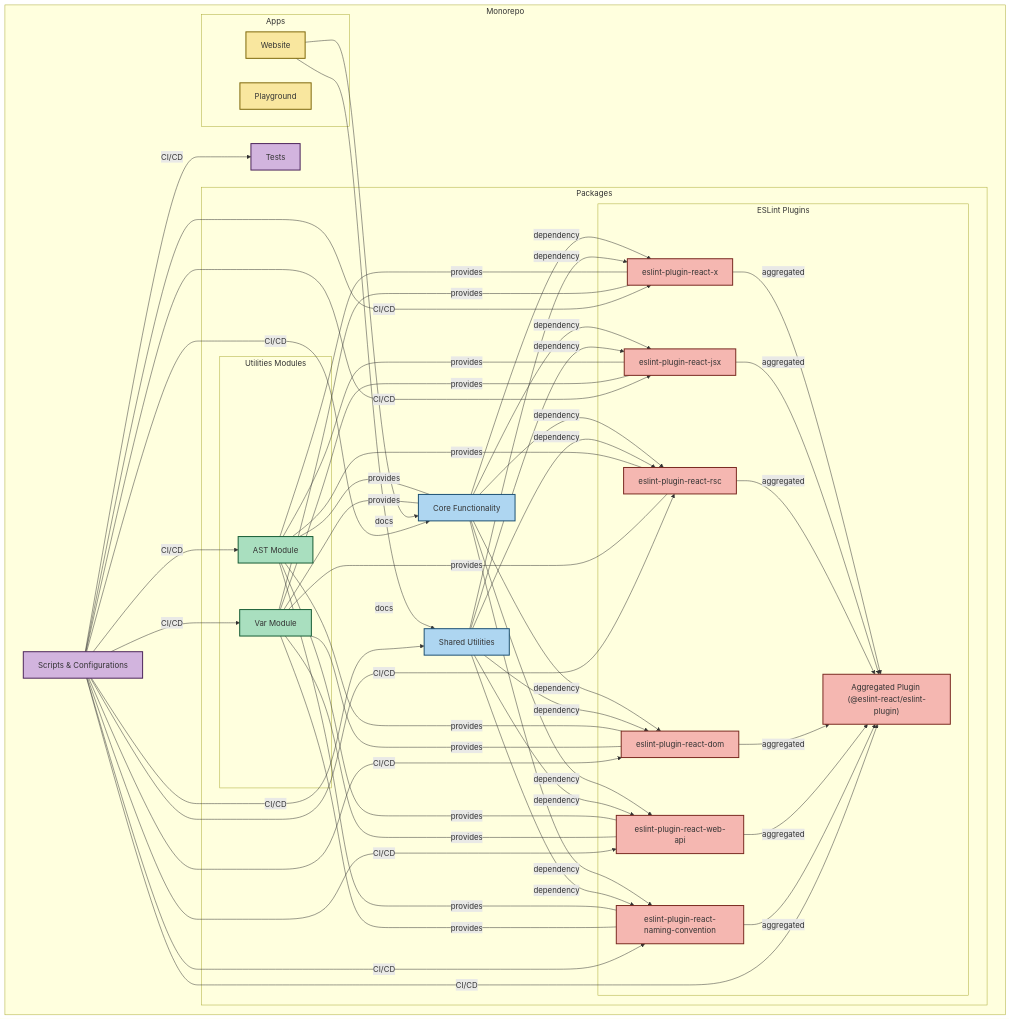
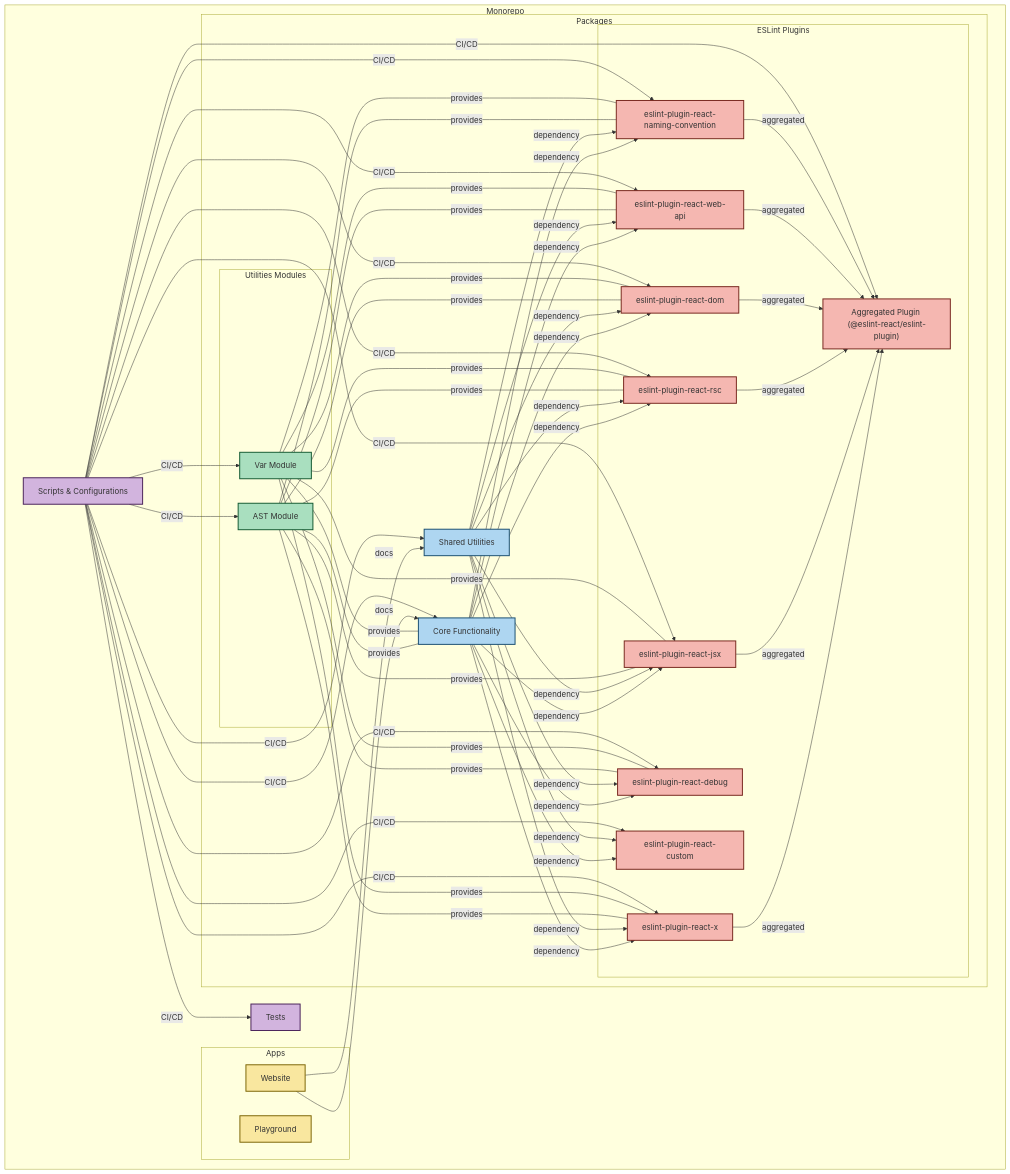
The diagram in apps/website/content/docs/contributing.mdx (Rel1cx/eslint-react), drawn with Mermaid before and after one commit. The commit also changed other lines of this file and 42 other files, not shown here.

First line of the commit message:
feat: add eslint-plugin-react-custom for building custom rules with function-component-definition as the example , closes #900

```diff
--- a/apps/website/content/docs/contributing.mdx
+++ b/apps/website/content/docs/contributing.mdx
@@ -39,6 +39,8 @@
                 DOM["eslint-plugin-react-dom"]:::plugins
                 WebAPI["eslint-plugin-react-web-api"]:::plugins
                 NamingConvention["eslint-plugin-react-naming-convention"]:::plugins
+                Debug["eslint-plugin-react-debug"]:::plugins
+                Custom["eslint-plugin-react-custom"]:::plugins
                 Aggregated["Aggregated Plugin (@eslint-react/eslint-plugin)"]:::plugins
             end
         end
@@ -57,16 +59,18 @@
     Core -->|"dependency"| RSC
     Core -->|"dependency"| DOM
     Core -->|"dependency"| WebAPI
-
     Core -->|"dependency"| NamingConvention
+    Core -->|"dependency"| Debug
+    Core -->|"dependency"| Custom
 
     Shared -->|"dependency"| X
     Shared -->|"dependency"| JSX
     Shared -->|"dependency"| RSC
     Shared -->|"dependency"| DOM
     Shared -->|"dependency"| WebAPI
-
     Shared -->|"dependency"| NamingConvention
+    Shared -->|"dependency"| Debug
+    Shared -->|"dependency"| Custom
 
     %% Utilities used by Core and Plugins
     AST ---|"provides"| Core
@@ -78,12 +82,14 @@
     AST ---|"provides"| DOM
     AST ---|"provides"| WebAPI
     AST ---|"provides"| NamingConvention
+    AST ---|"provides"| Debug
     Var ---|"provides"| X
     Var ---|"provides"| JSX
     Var ---|"provides"| RSC
     Var ---|"provides"| DOM
     Var ---|"provides"| WebAPI
     Var ---|"provides"| NamingConvention
+    Var ---|"provides"| Debug
 
     %% Aggregation of Plugins
     X -->|"aggregated"| Aggregated
@@ -93,6 +99,8 @@
     WebAPI -->|"aggregated"| Aggregated
 
     NamingConvention -->|"aggregated"| Aggregated
+
+    %% Debug and Custom plugins are standalone (not aggregated)
 
     %% Website Documentation uses Core and Shared docs
     Website -->|"docs"| Core
@@ -110,6 +118,8 @@
     Scripts -->|"CI/CD"| WebAPI
 
     Scripts -->|"CI/CD"| NamingConvention
+    Scripts -->|"CI/CD"| Debug
+    Scripts -->|"CI/CD"| Custom
     Scripts -->|"CI/CD"| Aggregated
     Scripts -->|"CI/CD"| Tests
 
@@ -125,6 +135,9 @@
     click DOM "https://github.com/rel1cx/eslint-react/tree/main/packages/plugins/eslint-plugin-react-dom"
     click WebAPI "https://github.com/rel1cx/eslint-react/tree/main/packages/plugins/eslint-plugin-react-web-api"
     click NamingConvention "https://github.com/rel1cx/eslint-react/tree/main/packages/plugins/eslint-plugin-react-naming-convention"
+    click Debug "https://github.com/rel1cx/eslint-react/tree/main/packages/plugins/eslint-plugin-react-debug"
+    click Custom "https://github.com/rel1cx/eslint-react/tree/main/packages/plugins/eslint-plugin-react-custom"
+    click RSC "https://github.com/rel1cx/eslint-react/tree/main/packages/plugins/eslint-plugin-react-rsc"
     click Aggregated "https://github.com/rel1cx/eslint-react/tree/main/packages/plugins/eslint-plugin"
     click Scripts "https://github.com/rel1cx/eslint-react/tree/main/scripts"
     click Tests "https://github.com/rel1cx/eslint-react/tree/main/test"
```
